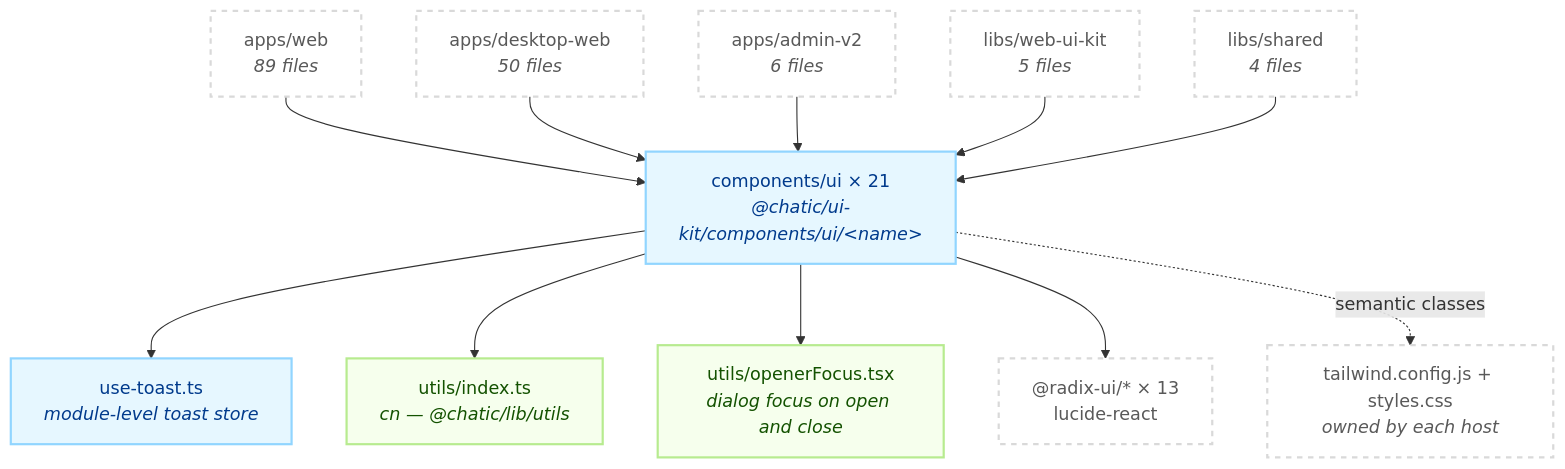
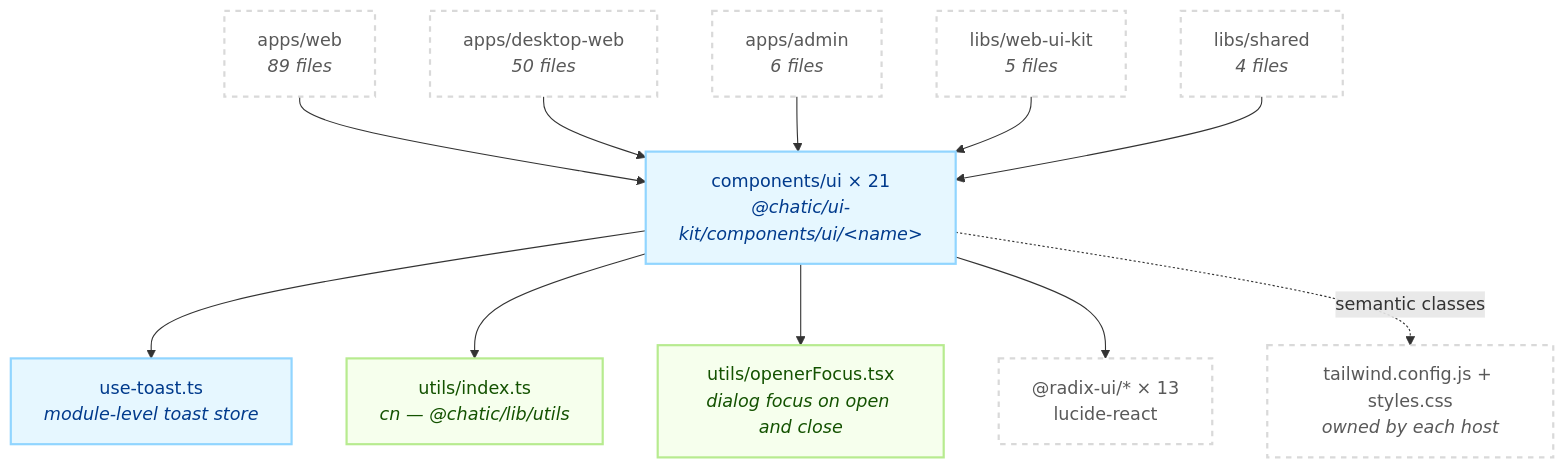
Before and after one commit to lemoncloud-io/dou-app: the diagram in libs/ui-kit/README.md, drawn with Mermaid. The commit also changed other lines of this file and 484 other files, not shown here.

First line of the commit message:
refactor(admin,testbed): retire apps/testbed and rename apps/admin-v2 to apps/admin

````diff
--- a/libs/ui-kit/README.md
+++ b/libs/ui-kit/README.md
@@ -109,31 +109,31 @@
 ```mermaid
 flowchart TD
     classDef ui fill:#e6f7ff,stroke:#91d5ff,stroke-width:2px,color:#003a8c;
     classDef util fill:#f6ffed,stroke:#b7eb8f,stroke-width:2px,color:#135200;
     classDef ext fill:#ffffff,stroke:#d9d9d9,stroke-width:2px,color:#595959,stroke-dasharray: 5 5;
 
     W["apps/web<br/><i>89 files</i>"]:::ext
     D["apps/desktop-web<br/><i>50 files</i>"]:::ext
-    A["apps/admin-v2<br/><i>6 files</i>"]:::ext
+    A["apps/admin<br/><i>6 files</i>"]:::ext
     K["libs/web-ui-kit<br/><i>5 files</i>"]:::ext
     S["libs/shared<br/><i>4 files</i>"]:::ext
 
     C["components/ui × 21<br/><i>@chatic/ui-kit/components/ui/&lt;name&gt;</i>"]:::ui
     T["use-toast.ts<br/><i>module-level toast store</i>"]:::ui
     U["utils/index.ts<br/><i>cn — @chatic/lib/utils</i>"]:::util
     F["utils/openerFocus.tsx<br/><i>dialog focus on open and close</i>"]:::util
 
     R["@radix-ui/* × 13<br/>lucide-react"]:::ext
     TW["tailwind.config.js + styles.css<br/><i>owned by each host</i>"]:::ext
 
     W --> C
     D --> C
     A --> C
     K --> C
     S --> C
     C --> T
     C --> U
     C --> F
     C --> R
     C -.->|"semantic classes"| TW
 ```
````
